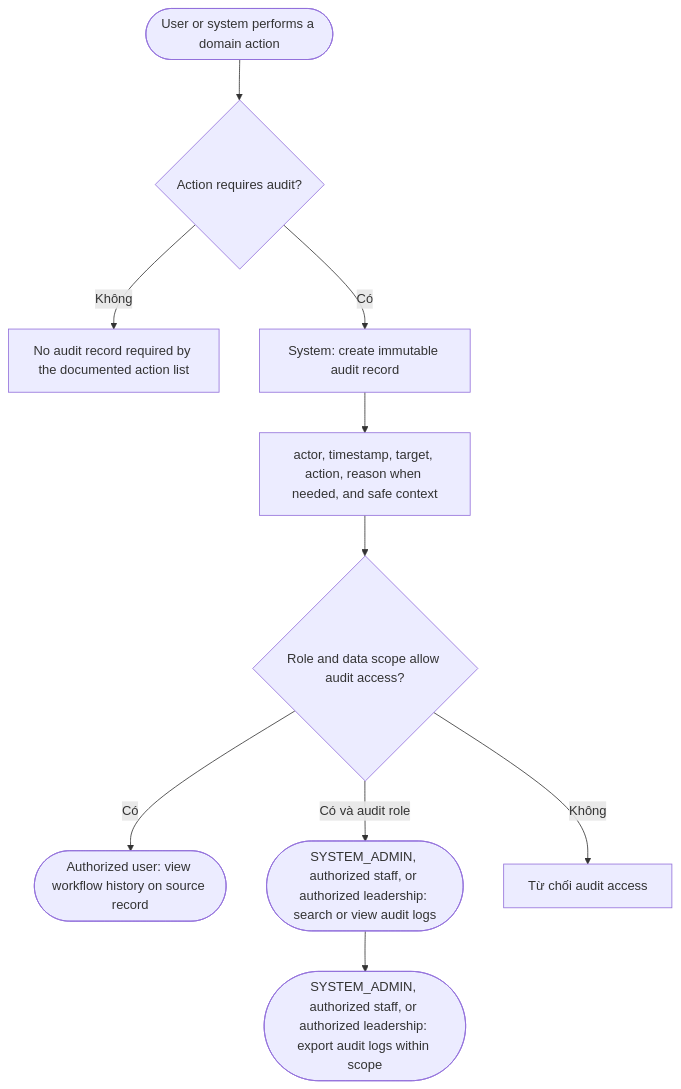
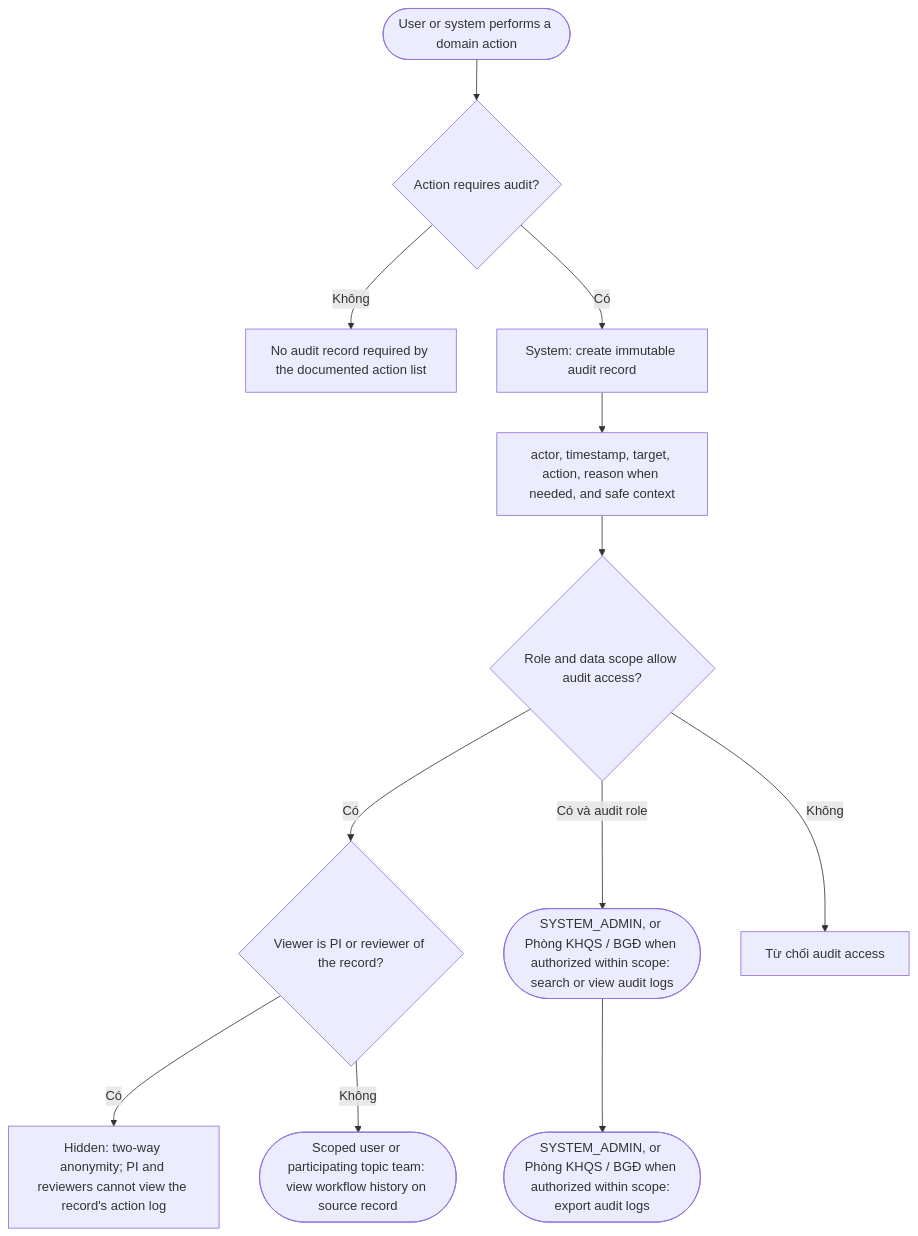
The diagram in docs/diagrams/audit-log.md (thanhdotien278/DocManS), drawn with Mermaid before and after one commit. The commit also changed other lines of this file and 14 other files, not shown here.

````diff
--- a/docs/diagrams/audit-log.md
+++ b/docs/diagrams/audit-log.md
@@ -3,21 +3,25 @@
 ```mermaid
 flowchart TD
   action(["User or system performs a domain action"])
   important{"Action requires audit?"}
   no_audit["No audit record required by the documented action list"]
   audit["System: create immutable audit record"]
   fields["actor, timestamp, target, action, reason when needed, and safe context"]
-  history(["Authorized user: view workflow history on source record"])
-  search(["SYSTEM_ADMIN, authorized staff, or authorized leadership: search or view audit logs"])
-  export(["SYSTEM_ADMIN, authorized staff, or authorized leadership: export audit logs within scope"])
   access{"Role and data scope allow audit access?"}
+  anonymity{"Viewer is PI or reviewer of the record?"}
+  hidden["Hidden: two-way anonymity; PI and reviewers cannot view the record's action log"]
+  history(["Scoped user or participating topic team: view workflow history on source record"])
+  search(["SYSTEM_ADMIN, or Phòng KHQS / BGĐ when authorized within scope: search or view audit logs"])
+  export(["SYSTEM_ADMIN, or Phòng KHQS / BGĐ when authorized within scope: export audit logs"])
   denied["Từ chối audit access"]
 
   action --> important
   important -- "Không" --> no_audit
   important -- "Có" --> audit --> fields
   fields --> access
   access -- "Không" --> denied
-  access -- "Có" --> history
+  access -- "Có" --> anonymity
+  anonymity -- "Có" --> hidden
+  anonymity -- "Không" --> history
   access -- "Có và audit role" --> search --> export
 ```
````
